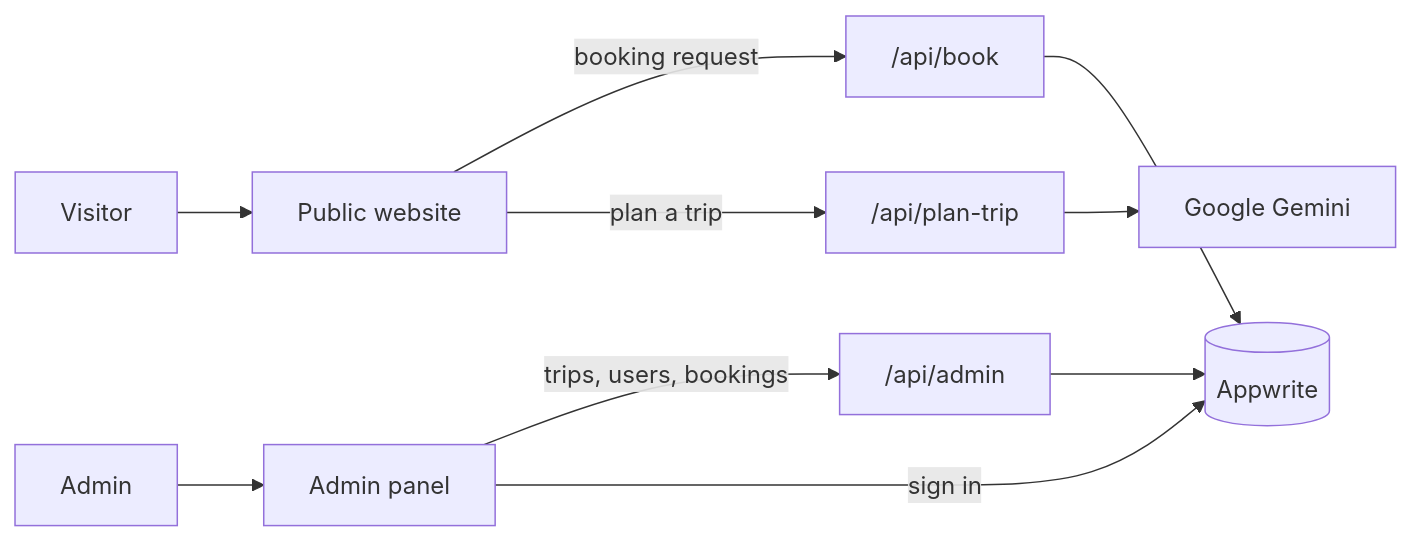
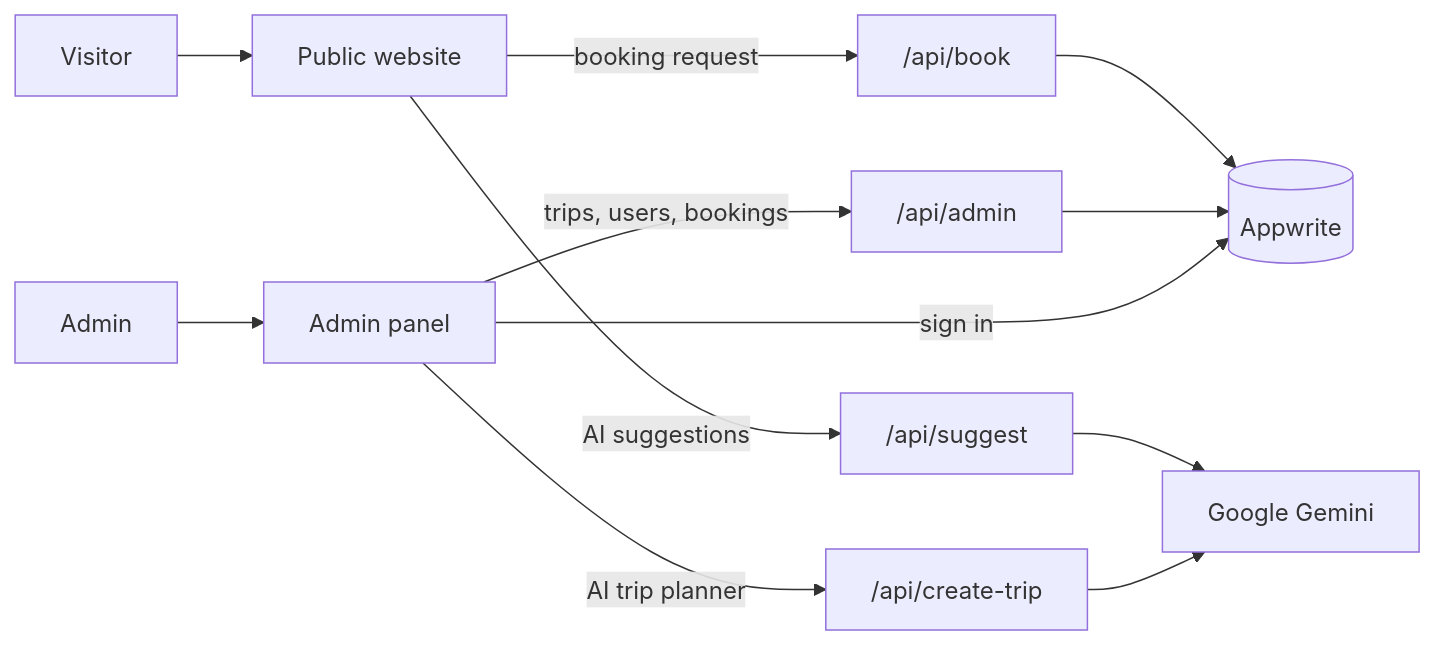
One commit to jasmeeeetsingh17/TravelSphere changed the diagram in README.md. Above: the diagram before and after it, drawn with Mermaid. The commit also changed other lines of this file and 40 other files, not shown here.

First line of the commit message:
AI Suggest for visitors, smarter AI Trip Planner, and cleanup

````diff
--- a/README.md
+++ b/README.md
@@ -81,12 +83,14 @@
 ```mermaid
 flowchart LR
     V[Visitor] --> P[Public website]
     A[Admin] --> S[Admin panel]
     P -->|booking request| API1["/api/book"]
-    P -->|plan a trip| API2["/api/plan-trip"]
+    P -->|AI suggestions| API2["/api/suggest"]
+    S -->|AI trip planner| API4["/api/create-trip"]
     S -->|trips, users, bookings| API3["/api/admin"]
     API1 --> AW[(Appwrite)]
     API3 --> AW
     API2 --> G[Google Gemini]
+    API4 --> G
     S -->|sign in| AW
 ```
````
